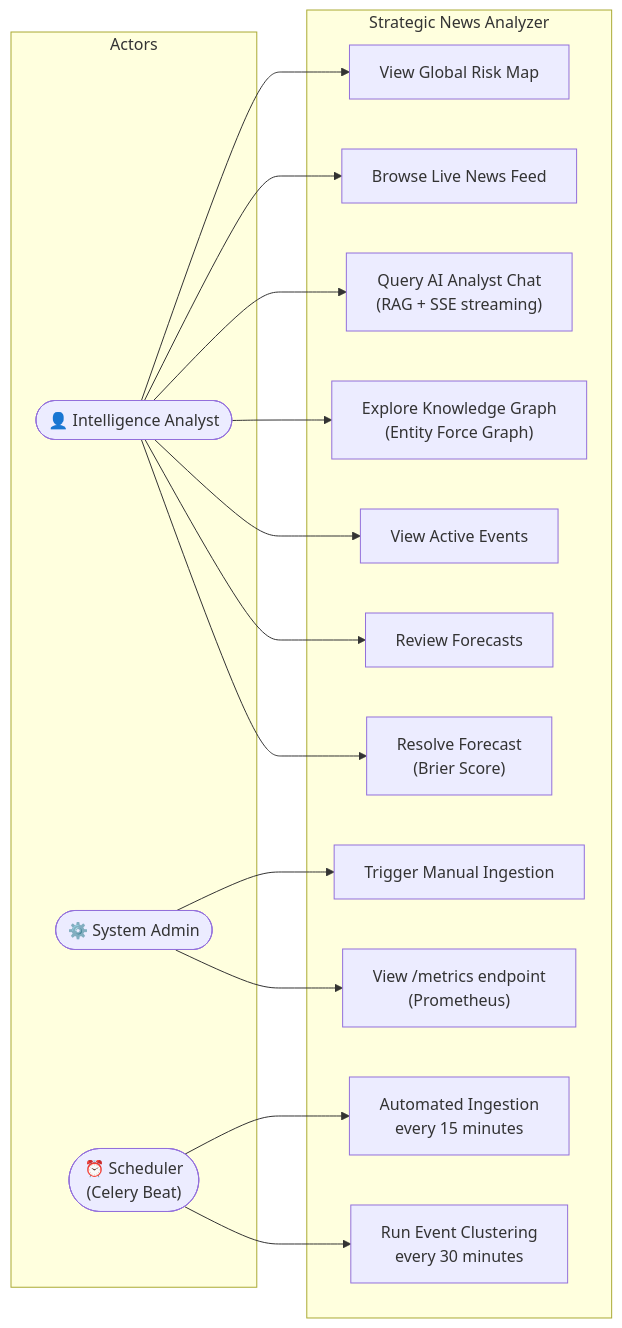
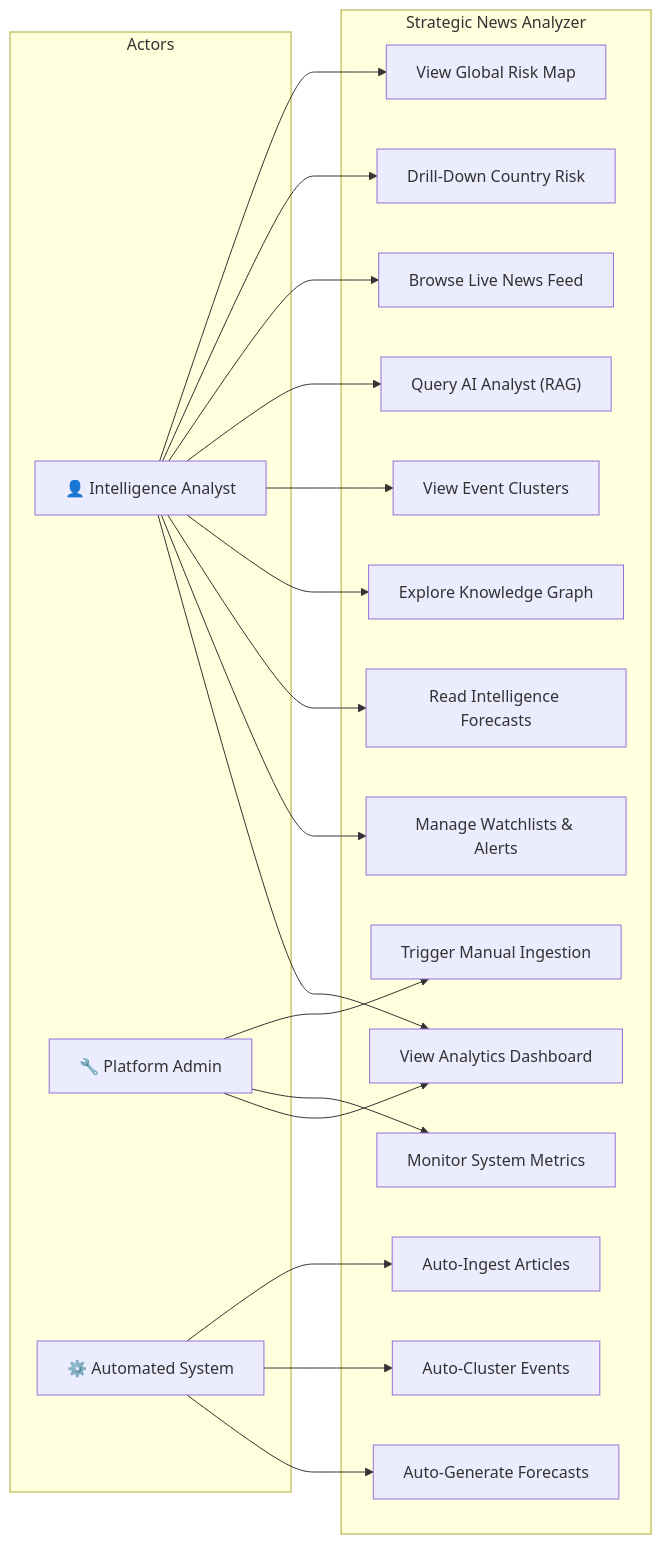
One commit to krishmaniyar/Strategic-News-Analyzer changed the third of 5 diagrams in README.md. Above: the diagram before and after it, drawn with Mermaid. The commit also changed other lines of this file, not shown here.

Commit message:
docs: add comprehensive professional README with architecture diagrams, setup guide, metrics, and configuration reference

````diff
--- a/README.md
+++ b/README.md
@@ -255,34 +212,43 @@
 ```mermaid
-graph LR
+flowchart LR
     subgraph Actors
-        Analyst(["👤 Intelligence Analyst"])
-        Admin(["⚙️ System Admin"])
-        Scheduler(["⏰ Scheduler\n(Celery Beat)"])
+        Analyst["👤 Intelligence Analyst"]
+        Admin["🔧 Platform Admin"]
+        System["⚙️ Automated System"]
     end
 
-    subgraph Platform ["Strategic News Analyzer"]
+    subgraph UseCases["Strategic News Analyzer"]
         UC1["View Global Risk Map"]
-        UC2["Browse Live News Feed"]
-        UC3["Query AI Analyst Chat\n(RAG + SSE streaming)"]
-        UC4["Explore Knowledge Graph\n(Entity Force Graph)"]
-        UC5["View Active Events"]
-        UC6["Review Forecasts"]
-        UC7["Resolve Forecast\n(Brier Score)"]
+        UC2["Drill-Down Country Risk"]
+        UC3["Browse Live News Feed"]
+        UC4["Query AI Analyst (RAG)"]
+        UC5["View Event Clusters"]
+        UC6["Explore Knowledge Graph"]
+        UC7["Read Intelligence Forecasts"]
         UC8["Trigger Manual Ingestion"]
-        UC9["View /metrics endpoint\n(Prometheus)"]
-        UC10["Automated Ingestion\nevery 15 minutes"]
-        UC11["Run Event Clustering\nevery 30 minutes"]
+        UC9["Monitor System Metrics"]
+        UC10["Auto-Ingest Articles"]
+        UC11["Auto-Cluster Events"]
+        UC12["Auto-Generate Forecasts"]
+        UC13["Manage Watchlists & Alerts"]
+        UC14["View Analytics Dashboard"]
     end
 
     Analyst --> UC1
     Analyst --> UC2
     Analyst --> UC3
     Analyst --> UC4
     Analyst --> UC5
     Analyst --> UC6
     Analyst --> UC7
+    Analyst --> UC13
+    Analyst --> UC14
+
     Admin --> UC8
     Admin --> UC9
-    Scheduler --> UC10
-    Scheduler --> UC11
+    Admin --> UC14
+
+    System --> UC10
+    System --> UC11
+    System --> UC12
 ```
````
